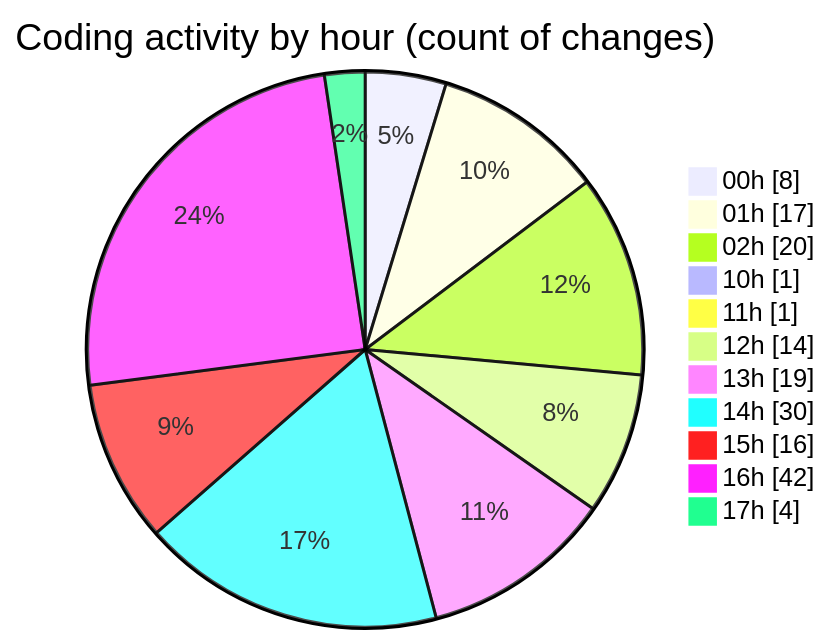
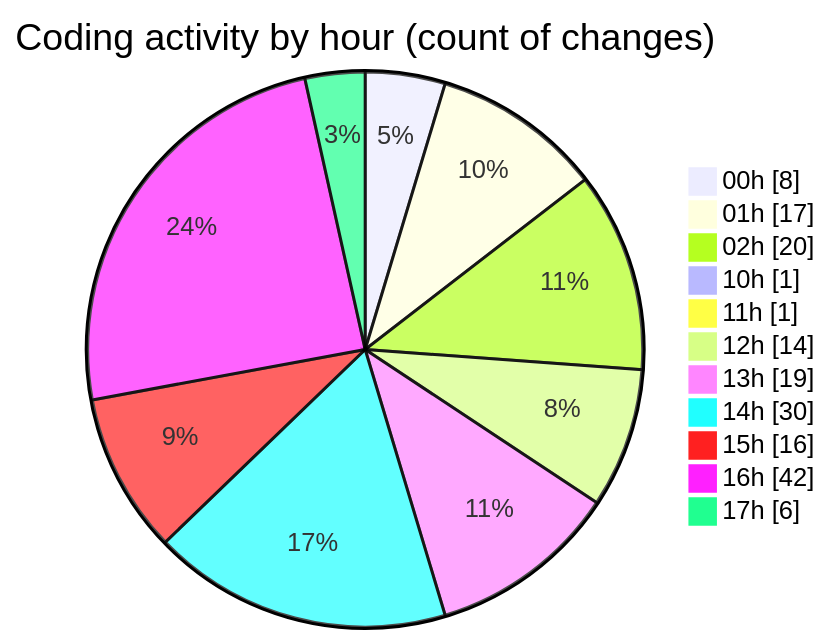
The second of 2 diagrams in 2025-05-02/niten/README.md (Elitesun/code-tracking), drawn with Mermaid before and after one commit. The commit also changed other lines of this file and 1 other file, not shown here.

````diff
--- a/2025-05-02/niten/README.md
+++ b/2025-05-02/niten/README.md
@@ -76,15 +76,15 @@
 ```mermaid
 pie showData
 title Coding activity by hour (count of changes)
 "00h" : 8
 "01h" : 17
 "02h" : 20
 "10h" : 1
 "11h" : 1
 "12h" : 14
 "13h" : 19
 "14h" : 30
 "15h" : 16
 "16h" : 42
-"17h" : 4
+"17h" : 6
 ```
````
